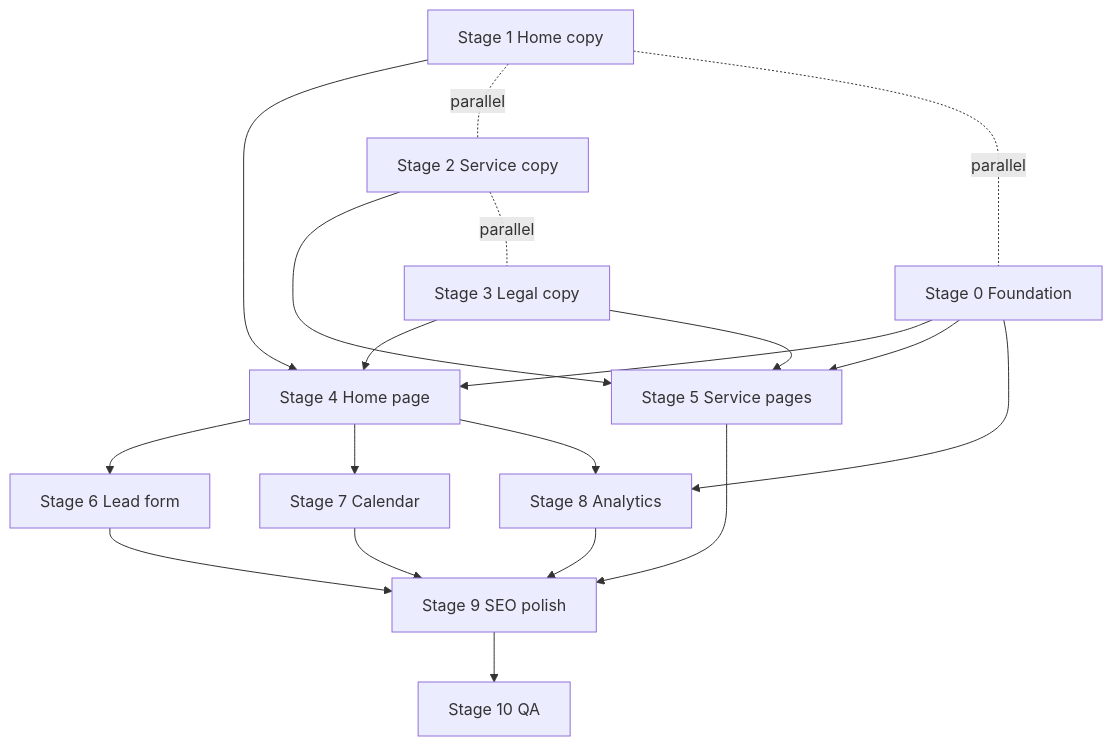
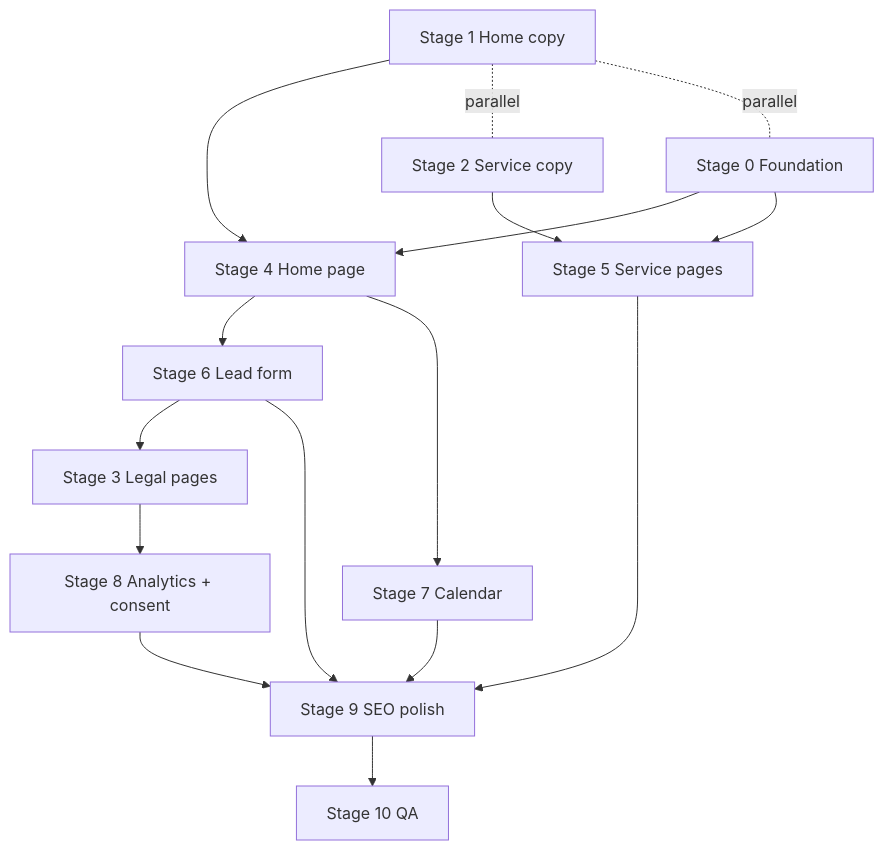
Before and after one commit to rogerio-pereira/FrontPorch: the diagram in docs/planning/phase-01.md, drawn with Mermaid. The commit also changed other lines of this file, not shown here.

````diff
--- a/docs/planning/phase-01.md
+++ b/docs/planning/phase-01.md
@@ -26,34 +42,31 @@
 ```mermaid
 flowchart TB
     S0[Stage 0 Foundation]
     S1[Stage 1 Home copy]
     S2[Stage 2 Service copy]
-    S3[Stage 3 Legal copy]
     S4[Stage 4 Home page]
     S5[Stage 5 Service pages]
     S6[Stage 6 Lead form]
     S7[Stage 7 Calendar]
-    S8[Stage 8 Analytics]
+    S3[Stage 3 Legal pages]
+    S8[Stage 8 Analytics + consent]
     S9[Stage 9 SEO polish]
     S10[Stage 10 QA]
 
     S0 --> S4
     S0 --> S5
     S1 --> S4
     S2 --> S5
-    S3 --> S4
-    S3 --> S5
     S4 --> S6
     S4 --> S7
-    S0 --> S8
-    S4 --> S8
+    S6 --> S3
+    S7 --> S9
+    S3 --> S8
+    S8 --> S9
     S5 --> S9
     S6 --> S9
-    S7 --> S9
-    S8 --> S9
     S9 --> S10
 
     S1 -. parallel .- S2
-    S2 -. parallel .- S3
     S1 -. parallel .- S0
 ```
````
